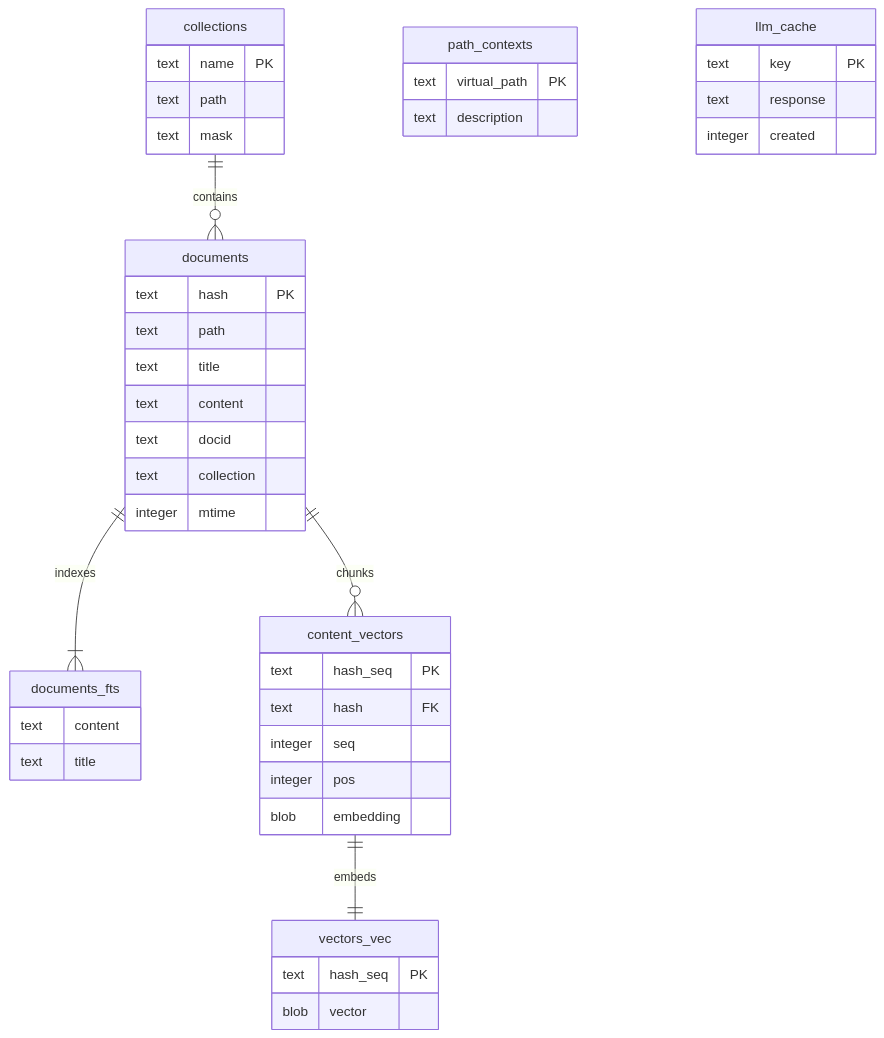
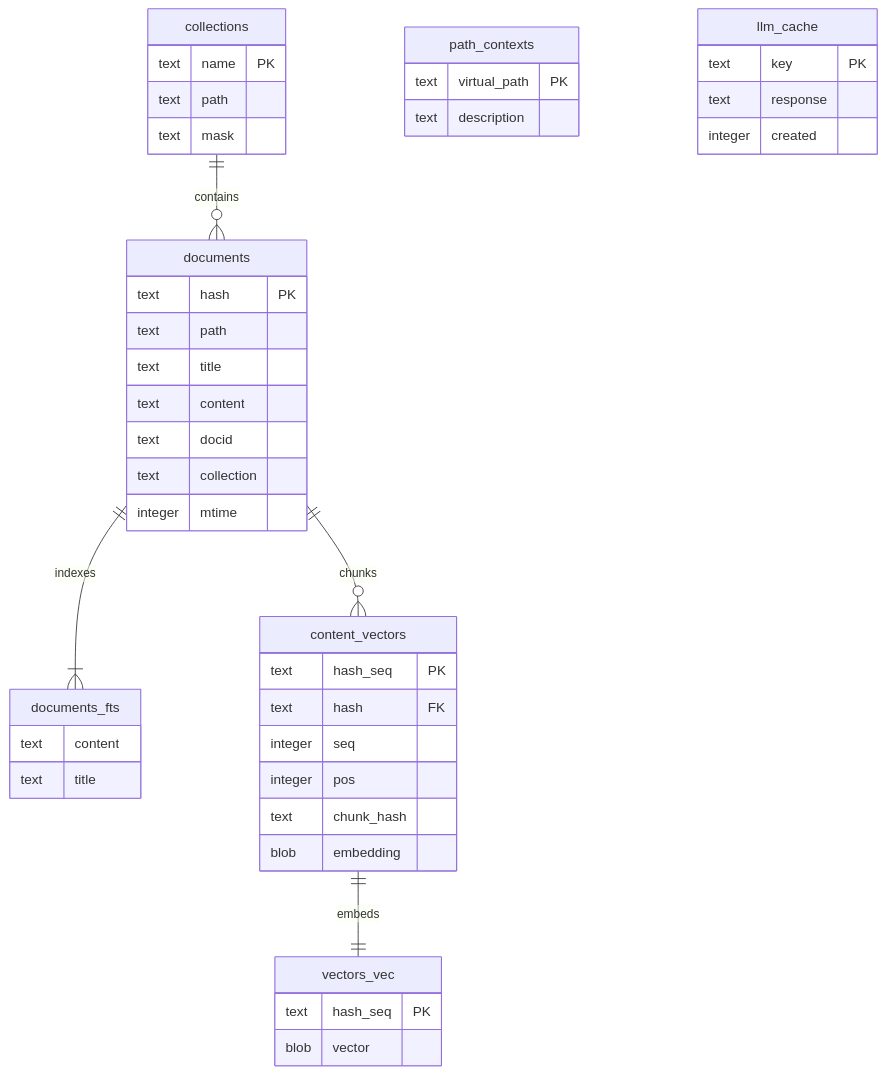
One commit to ambicuity/KINDX changed the third of 5 diagrams in README.md. Above: the diagram before and after it, drawn with Mermaid. The commit also changed other lines of this file and 3 other files, not shown here.

Commit message:
feat(engine): implement chunk-hash incremental embedding delta (#88)

````diff
--- a/README.md
+++ b/README.md
@@ -719,46 +721,47 @@
 ```mermaid
 erDiagram
     collections {
         text name PK
         text path
         text mask
     }
     path_contexts {
         text virtual_path PK
         text description
     }
     documents {
         text hash PK
         text path
         text title
         text content
         text docid
         text collection
         integer mtime
     }
     documents_fts {
         text content
         text title
     }
     content_vectors {
         text hash_seq PK
         text hash FK
         integer seq
         integer pos
+        text chunk_hash
         blob embedding
     }
     vectors_vec {
         text hash_seq PK
         blob vector
     }
     llm_cache {
         text key PK
         text response
         integer created
     }
 
     collections ||--o{ documents : contains
     documents ||--|{ documents_fts : indexes
     documents ||--o{ content_vectors : chunks
     content_vectors ||--|| vectors_vec : embeds
 ```
````
